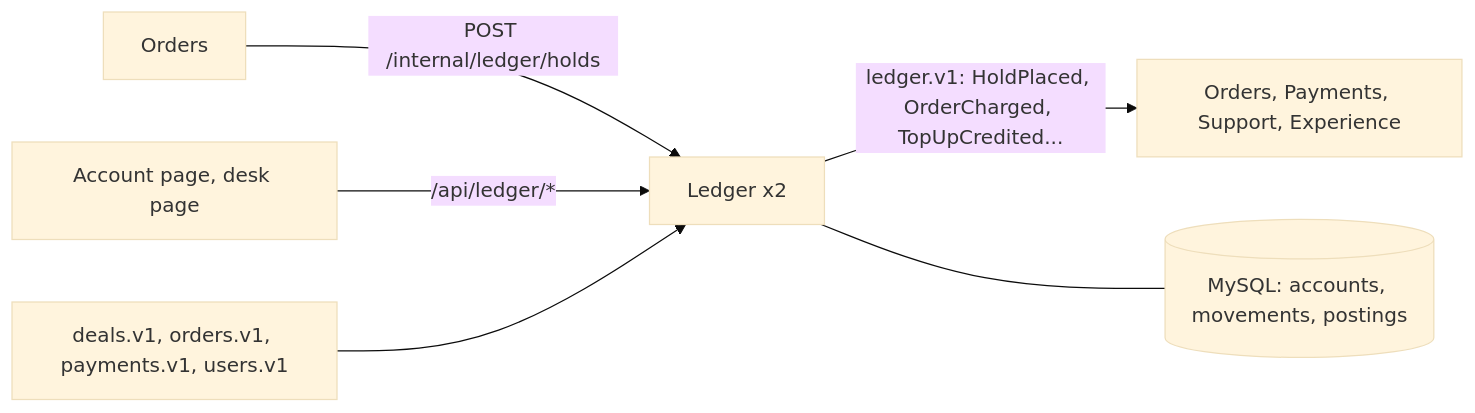
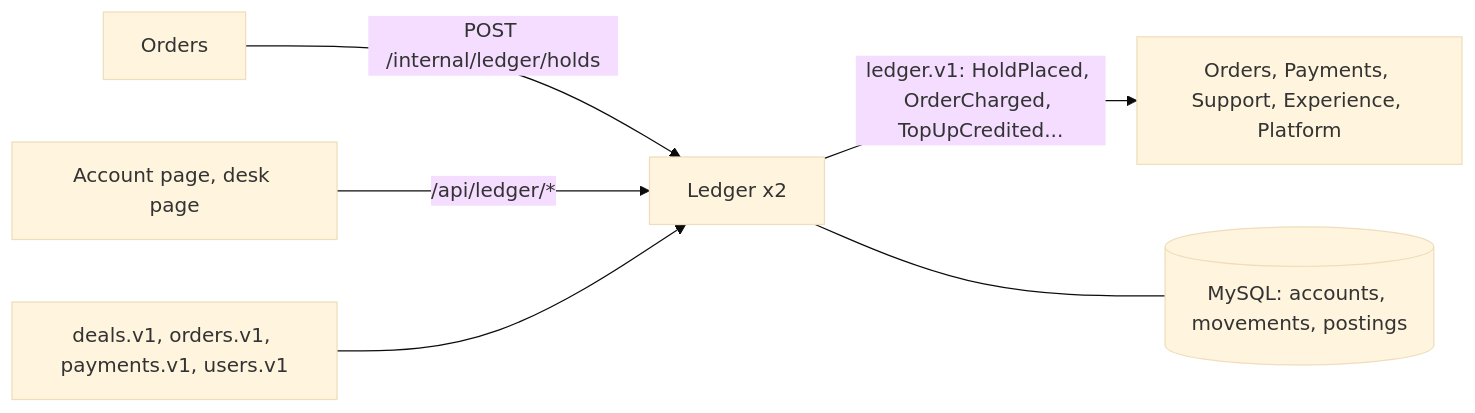
One commit to BaguetteJet/CSIS-Hackathon-2026 changed the diagram in README.md. Above: the diagram before and after it, drawn with Mermaid (base theme). The commit also changed other lines of this file and 13 other files, not shown here.

````diff
--- a/README.md
+++ b/README.md
@@ -7,8 +7,8 @@
 ```mermaid
 flowchart LR
   Orders -- "POST /internal/ledger/holds" --> L[Ledger x2]
   Pages["Account page, desk page"] -- "/api/ledger/*" --> L
   In["deals.v1, orders.v1, payments.v1, users.v1"] --> L
-  L -- "ledger.v1: HoldPlaced, OrderCharged, TopUpCredited..." --> Out[Orders, Payments, Support, Experience]
+  L -- "ledger.v1: HoldPlaced, OrderCharged, TopUpCredited..." --> Out[Orders, Payments, Support, Experience, Platform]
   L --- DB[(MySQL: accounts, movements, postings)]
 ```
````
